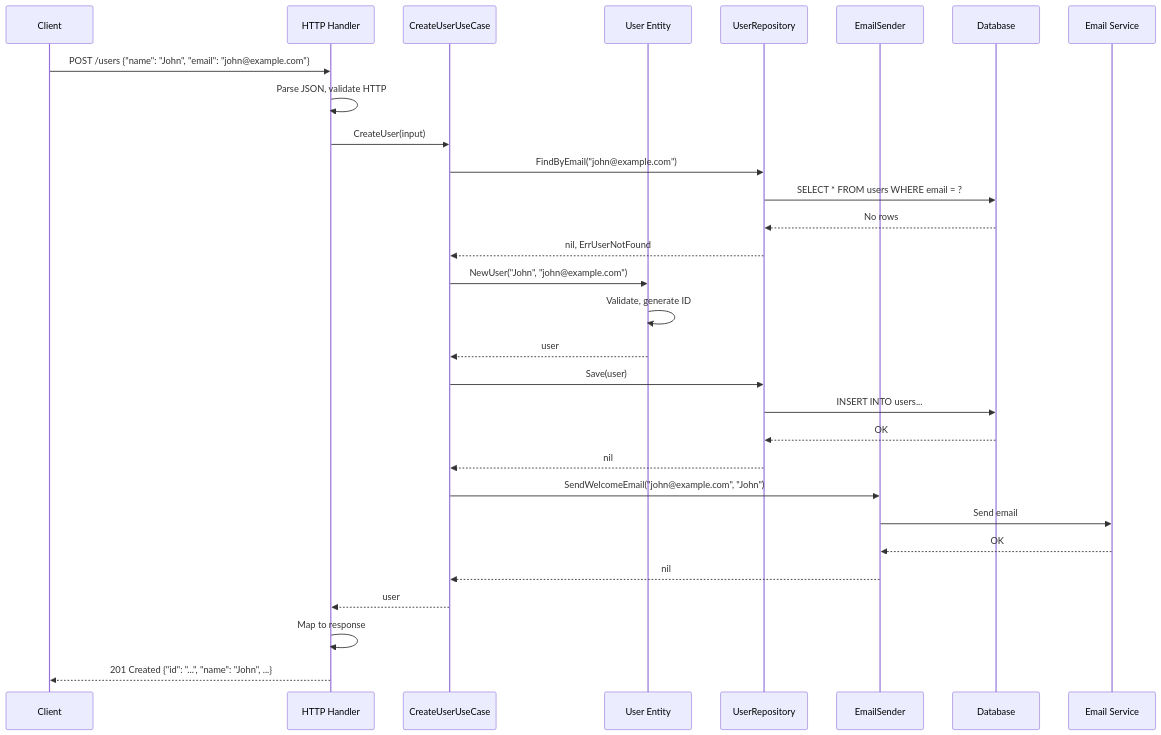
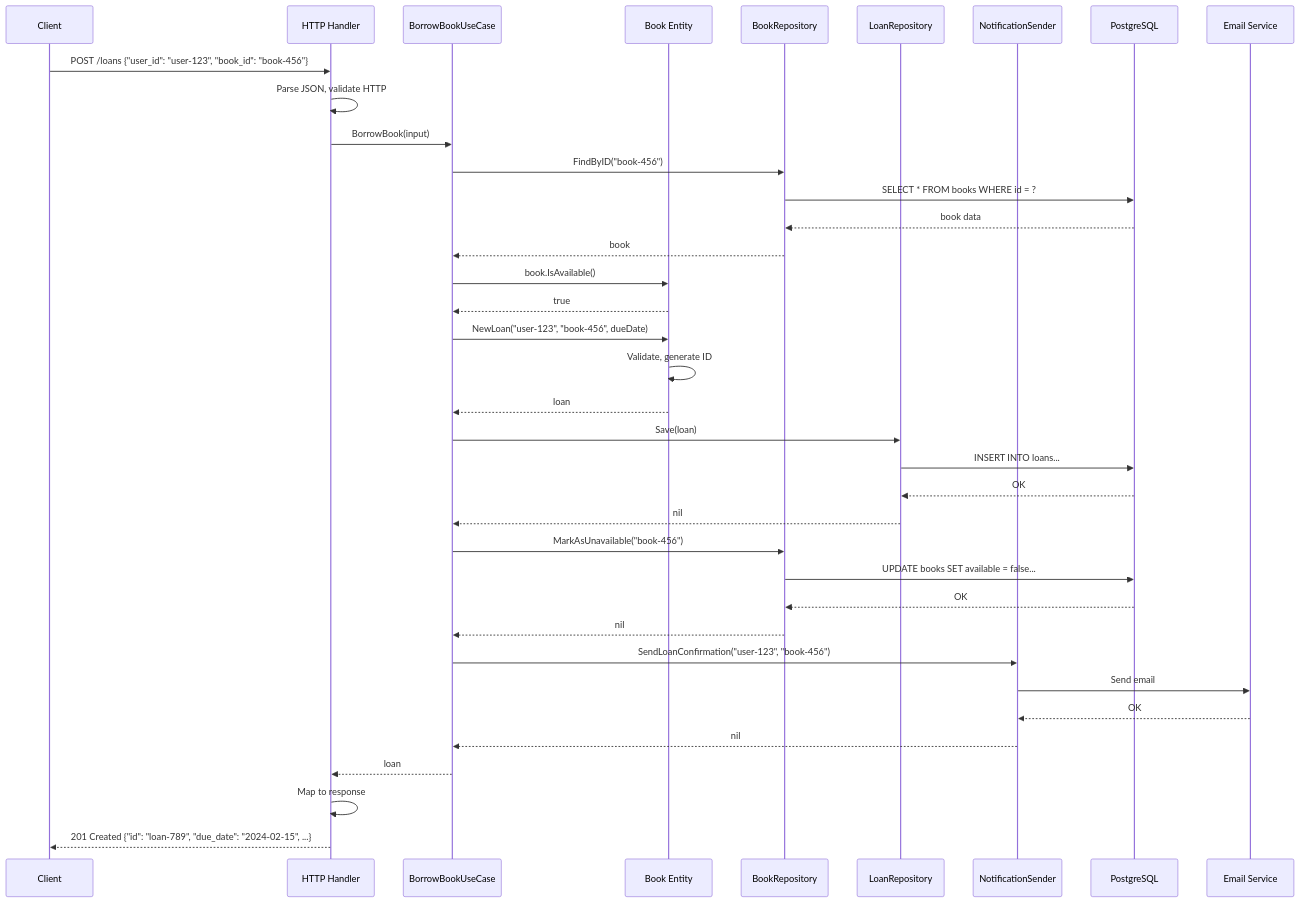
Before and after one commit to jonathanleahy/fullstack-monorepo: the first of 2 diagrams in backend/data/courses/hexagonal-architecture-building-maintainable-software/lessons/07-putting-it-all-together/sublessons/00-the-complete-picture/content.md, drawn with Mermaid. The commit also changed other lines of this file and 50 other files, not shown here.

First line of the commit message:
chore: Update Hexagonal Architecture course content

````diff
--- a/backend/data/courses/hexagonal-architecture-building-maintainable-software/lessons/07-putting-it-all-together/sublessons/00-the-complete-picture/content.md
+++ b/backend/data/courses/hexagonal-architecture-building-maintainable-software/lessons/07-putting-it-all-together/sublessons/00-the-complete-picture/content.md
@@ -7,39 +17,48 @@
 ```mermaid
 sequenceDiagram
     participant Client
     participant HTTP as HTTP Handler
-    participant UC as CreateUserUseCase
-    participant Entity as User Entity
-    participant Repo as UserRepository
-    participant Email as EmailSender
-    participant DB as Database
-    participant SMTP as Email Service
+    participant UC as BorrowBookUseCase
+    participant Book as Book Entity
+    participant BookRepo as BookRepository
+    participant LoanRepo as LoanRepository
+    participant Notifier as NotificationSender
+    participant DB as PostgreSQL
+    participant Email as Email Service
 
-    Client->>HTTP: POST /users {"name": "John", "email": "john@example.com"}
+    Client->>HTTP: POST /loans {"user_id": "user-123", "book_id": "book-456"}
     HTTP->>HTTP: Parse JSON, validate HTTP
 
-    HTTP->>UC: CreateUser(input)
-    UC->>Repo: FindByEmail("john@example.com")
-    Repo->>DB: SELECT * FROM users WHERE email = ?
-    DB-->>Repo: No rows
-    Repo-->>UC: nil, ErrUserNotFound
+    HTTP->>UC: BorrowBook(input)
+    UC->>BookRepo: FindByID("book-456")
+    BookRepo->>DB: SELECT * FROM books WHERE id = ?
+    DB-->>BookRepo: book data
+    BookRepo-->>UC: book
 
-    UC->>Entity: NewUser("John", "john@example.com")
-    Entity->>Entity: Validate, generate ID
-    Entity-->>UC: user
+    UC->>Book: book.IsAvailable()
+    Book-->>UC: true
 
-    UC->>Repo: Save(user)
-    Repo->>DB: INSERT INTO users...
-    DB-->>Repo: OK
-    Repo-->>UC: nil
+    UC->>Book: NewLoan("user-123", "book-456", dueDate)
+    Book->>Book: Validate, generate ID
+    Book-->>UC: loan
 
-    UC->>Email: SendWelcomeEmail("john@example.com", "John")
-    Email->>SMTP: Send email
-    SMTP-->>Email: OK
-    Email-->>UC: nil
+    UC->>LoanRepo: Save(loan)
+    LoanRepo->>DB: INSERT INTO loans...
+    DB-->>LoanRepo: OK
+    LoanRepo-->>UC: nil
 
-    UC-->>HTTP: user
+    UC->>BookRepo: MarkAsUnavailable("book-456")
+    BookRepo->>DB: UPDATE books SET available = false...
+    DB-->>BookRepo: OK
+    BookRepo-->>UC: nil
+
+    UC->>Notifier: SendLoanConfirmation("user-123", "book-456")
+    Notifier->>Email: Send email
+    Email-->>Notifier: OK
+    Notifier-->>UC: nil
+
+    UC-->>HTTP: loan
 
     HTTP->>HTTP: Map to response
-    HTTP-->>Client: 201 Created {"id": "...", "name": "John", ...}
+    HTTP-->>Client: 201 Created {"id": "loan-789", "due_date": "2024-02-15", ...}
 ```
````
